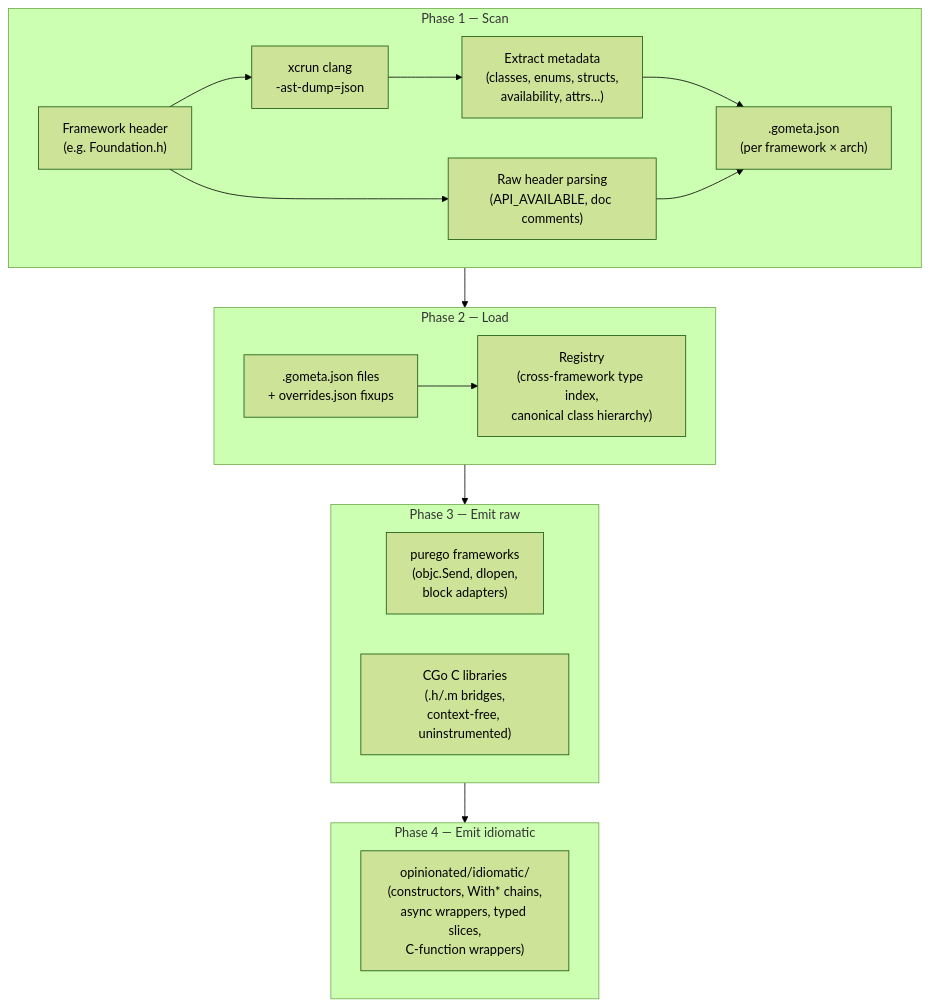
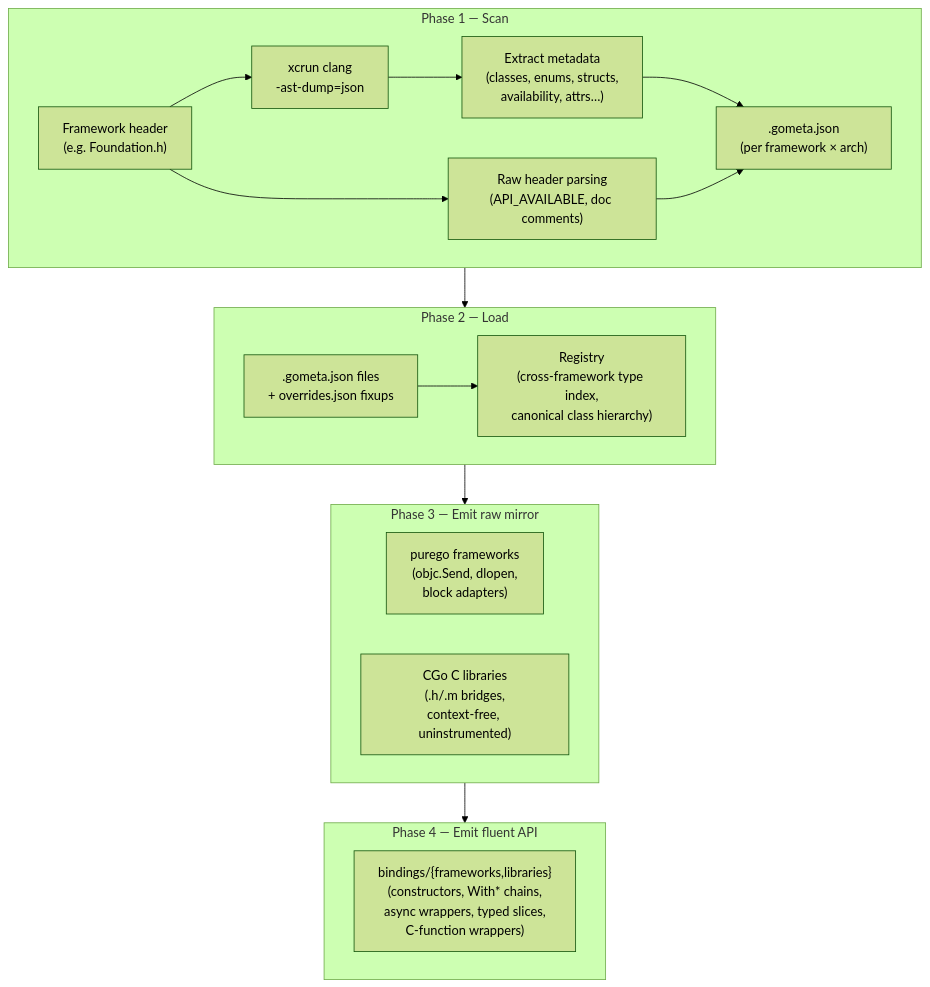
Before and after one commit to deploymenttheory/go-bindings-macosplatform: the third of 3 diagrams in README.md, drawn with Mermaid (forest theme). The commit also changed other lines of this file and 25494 other files, not shown here.

First line of the commit message:
feat: make the idiomatic layer the sole public API under bindings/ (#82)

````diff
--- a/README.md
+++ b/README.md
@@ -398,29 +386,29 @@
 ```mermaid
 flowchart TD
     subgraph Phase1["Phase 1 — Scan"]
         H["Framework header\n(e.g. Foundation.h)"]
         C["xcrun clang\n-ast-dump=json"]
         EX["Extract metadata\n(classes, enums, structs,\navailability, attrs…)"]
         HP["Raw header parsing\n(API_AVAILABLE, doc comments)"]
         JSON[".gometa.json\n(per framework × arch)"]
         H --> C --> EX --> JSON
         H --> HP --> JSON
     end
 
     subgraph Phase2["Phase 2 — Load"]
         J2[".gometa.json files\n+ overrides.json fixups"]
         REG["Registry\n(cross-framework type index,\ncanonical class hierarchy)"]
         J2 --> REG
     end
 
-    subgraph Phase3["Phase 3 — Emit raw"]
+    subgraph Phase3["Phase 3 — Emit raw mirror"]
         PURE["purego frameworks\n(objc.Send, dlopen,\nblock adapters)"]
         CGO["CGo C libraries\n(.h/.m bridges,\ncontext-free, uninstrumented)"]
     end
 
-    subgraph Phase4["Phase 4 — Emit idiomatic"]
-        IDIO["opinionated/idiomatic/\n(constructors, With* chains,\nasync wrappers, typed slices,\nC-function wrappers)"]
+    subgraph Phase4["Phase 4 — Emit fluent API"]
+        IDIO["bindings/{frameworks,libraries}\n(constructors, With* chains,\nasync wrappers, typed slices,\nC-function wrappers)"]
     end
 
     Phase1 --> Phase2 --> Phase3 --> Phase4
 ```
````
